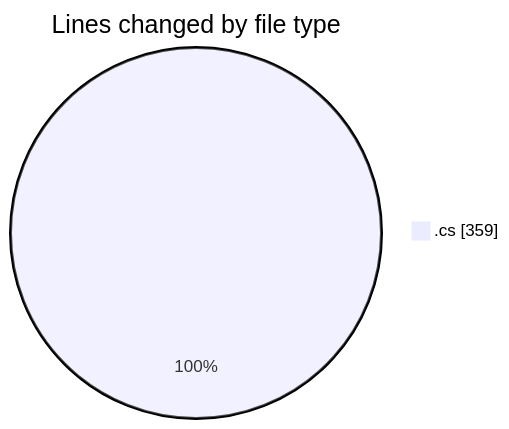
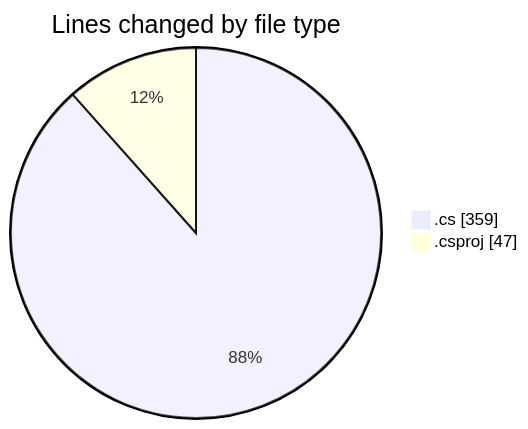
One commit to Netris89/code-tracking changed the first of 2 diagrams in 2025-04-09/back-end/README.md. Above: the diagram before and after it, drawn with Mermaid. The commit also changed other lines of this file and 1 other file, not shown here.

````diff
--- a/2025-04-09/back-end/README.md
+++ b/2025-04-09/back-end/README.md
@@ -21,5 +22,6 @@
 ```mermaid
 pie showData
 title Lines changed by file type
 ".cs" : 359
+".csproj" : 47
 ```
````
